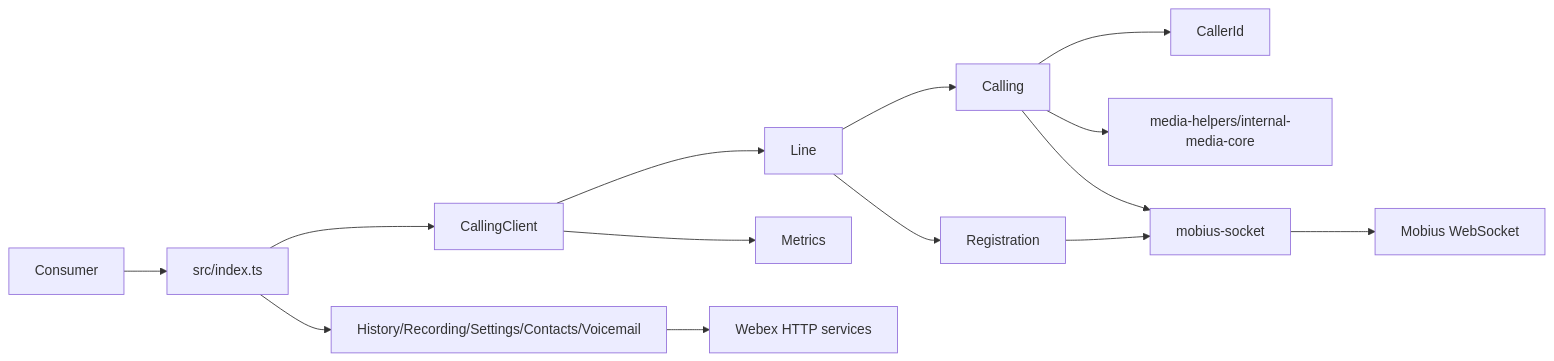
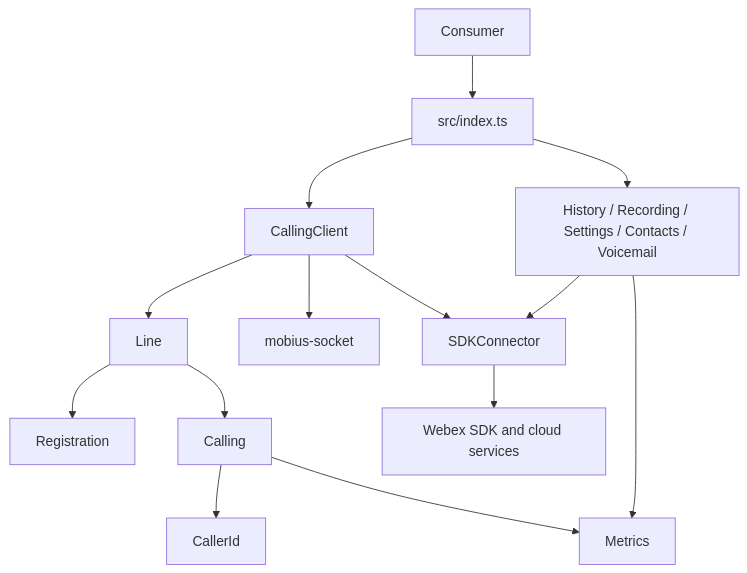
One commit to webex/webex-js-sdk changed the third of 7 diagrams in packages/calling/ai-docs/ARCHITECTURE.md. Above: the diagram before and after it, drawn with Mermaid. The commit also changed other lines of this file and 59 other files, not shown here.

````diff
--- a/packages/calling/ai-docs/ARCHITECTURE.md
+++ b/packages/calling/ai-docs/ARCHITECTURE.md
@@ -30,16 +473,16 @@
 ```mermaid
-flowchart LR
-  Consumer --> Exports[src/index.ts]
-  Exports --> CC[CallingClient]
-  Exports --> HC[History/Recording/Settings/Contacts/Voicemail]
-  CC --> Line
+flowchart TD
+  Consumer --> Entry[src/index.ts]
+  Entry --> CallingClient
+  Entry --> Features[History / Recording / Settings / Contacts / Voicemail]
+  CallingClient --> Line
   Line --> Registration
   Line --> Calling
   Calling --> CallerId
-  Calling --> Media[media-helpers/internal-media-core]
-  Registration --> Mobius[mobius-socket]
-  Calling --> Mobius
-  CC --> Metrics
-  HC --> APIs[Webex HTTP services]
-  Mobius --> WSS[Mobius WebSocket]
+  CallingClient --> Mobius[mobius-socket]
+  Features --> SDK[SDKConnector]
+  CallingClient --> SDK
+  Features --> Metrics
+  Calling --> Metrics
+  SDK --> Webex[Webex SDK and cloud services]
 ```
````
